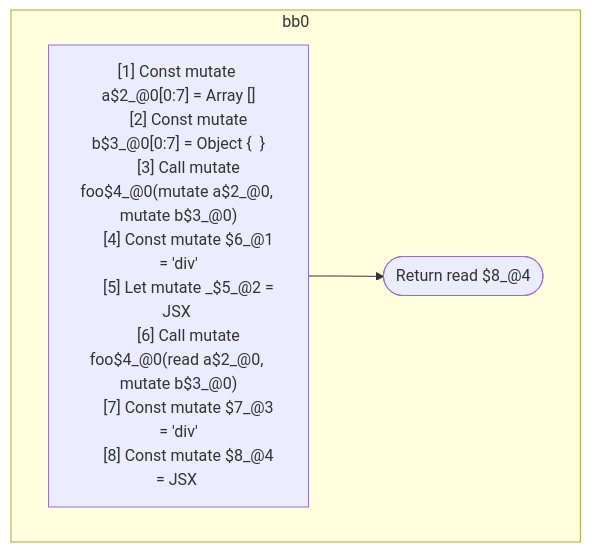
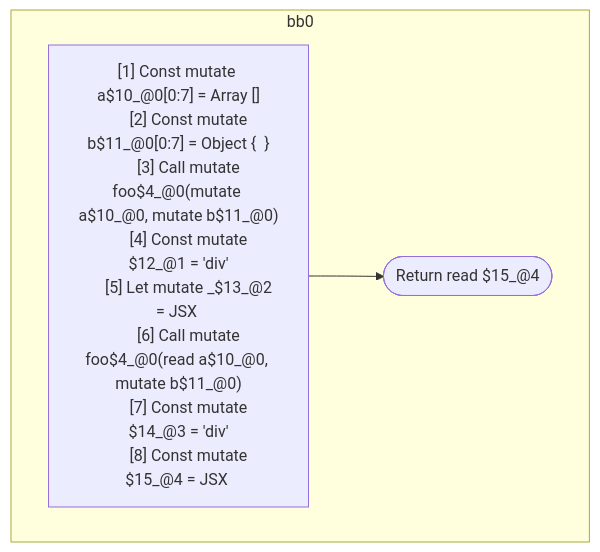
Before and after one commit to wutsmog/private: the second of 2 diagrams in compiler/forget/src/__tests__/fixtures/hir/ssa-call-jsx.expect.md, drawn with Mermaid. The commit also changed other lines of this file and 59 other files, not shown here.

````diff
--- a/compiler/forget/src/__tests__/fixtures/hir/ssa-call-jsx.expect.md
+++ b/compiler/forget/src/__tests__/fixtures/hir/ssa-call-jsx.expect.md
@@ -61,20 +61,20 @@
 ```mermaid
 flowchart TB
   %% Basic Blocks
   subgraph bb0
     bb0_instrs["
-      [1] Const mutate a$2_@0[0:7] = Array []
-      [2] Const mutate b$3_@0[0:7] = Object {  }
-      [3] Call mutate foo$4_@0(mutate a$2_@0, mutate b$3_@0)
-      [4] Const mutate $6_@1 = 'div'
-      [5] Let mutate _$5_@2 = JSX <read $6_@1 a={freeze a$2_@0} ></read $6_@1>
-      [6] Call mutate foo$4_@0(read a$2_@0, mutate b$3_@0)
-      [7] Const mutate $7_@3 = 'div'
-      [8] Const mutate $8_@4 = JSX <read $7_@3 a={read a$2_@0} b={freeze b$3_@0} ></read $7_@3>
+      [1] Const mutate a$10_@0[0:7] = Array []
+      [2] Const mutate b$11_@0[0:7] = Object {  }
+      [3] Call mutate foo$4_@0(mutate a$10_@0, mutate b$11_@0)
+      [4] Const mutate $12_@1 = 'div'
+      [5] Let mutate _$13_@2 = JSX <read $12_@1 a={freeze a$10_@0} ></read $12_@1>
+      [6] Call mutate foo$4_@0(read a$10_@0, mutate b$11_@0)
+      [7] Const mutate $14_@3 = 'div'
+      [8] Const mutate $15_@4 = JSX <read $14_@3 a={read a$10_@0} b={freeze b$11_@0} ></read $14_@3>
     "]
-    bb0_instrs --> bb0_terminal(["Return read $8_@4"])
+    bb0_instrs --> bb0_terminal(["Return read $15_@4"])
   end
 
   %% Jumps
   %% empty
 ```
````
